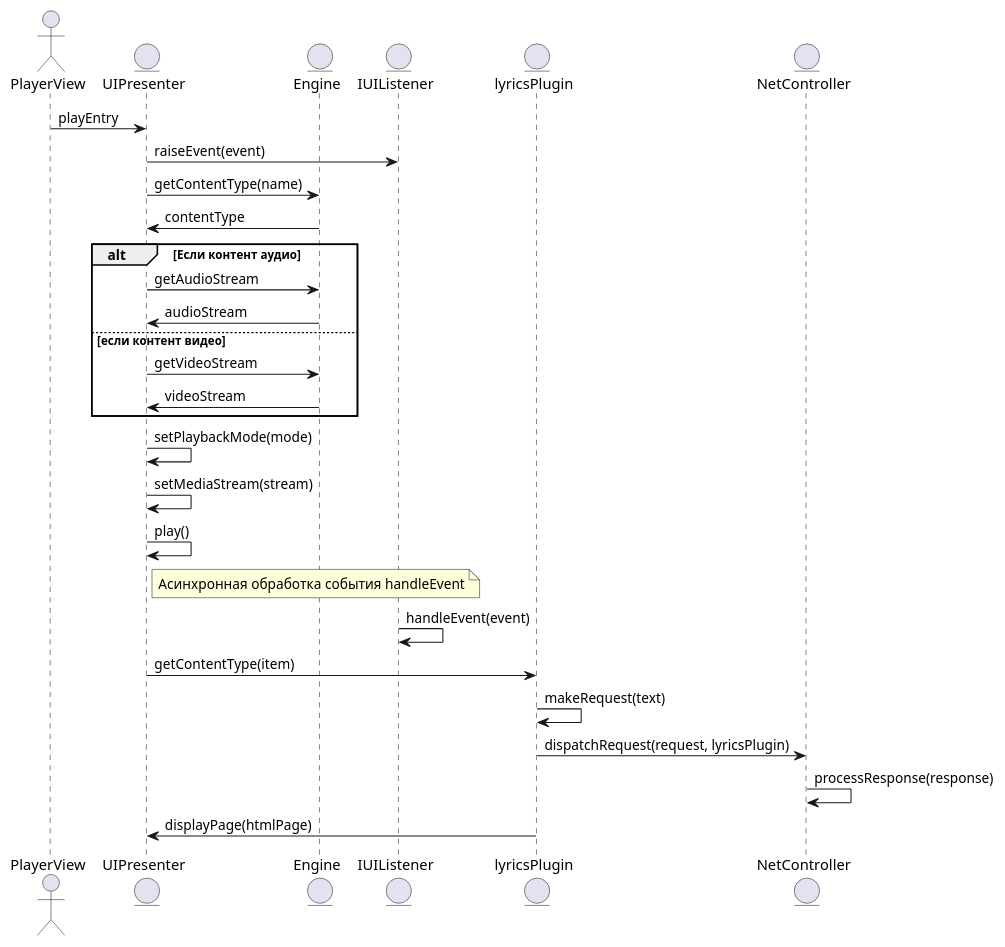
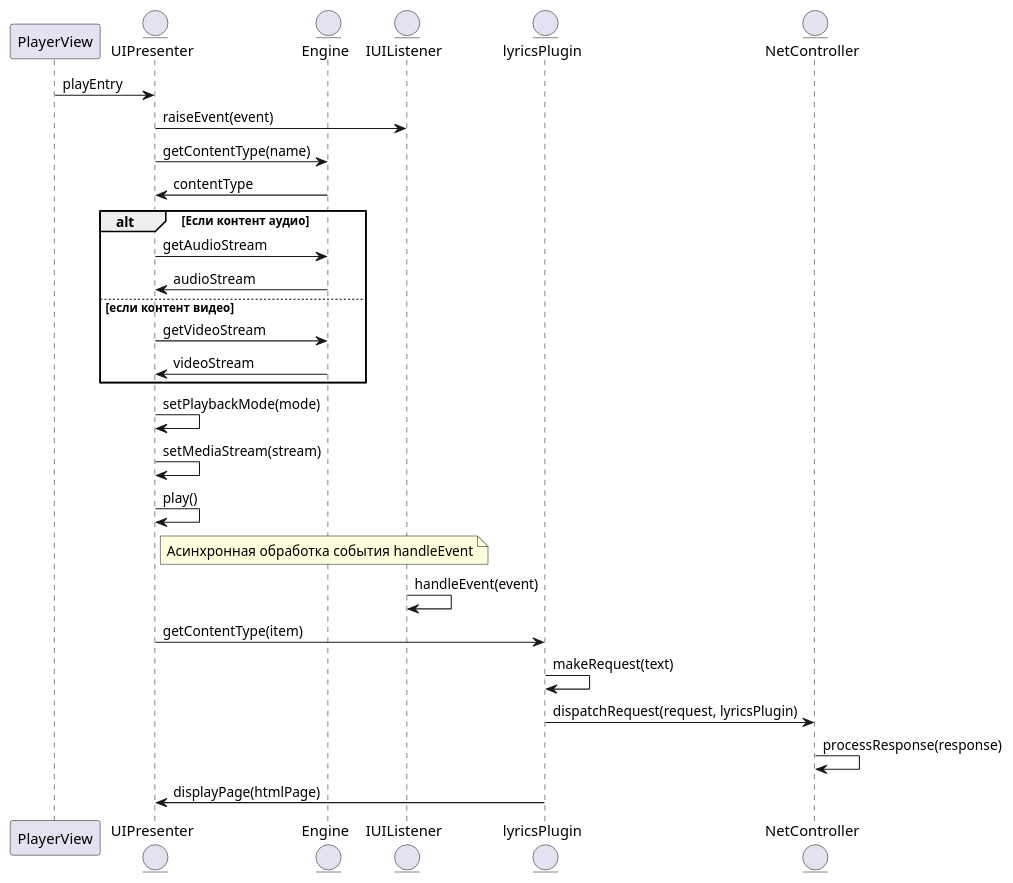
Before and after one commit to lisisisan/CASE-2024: the diagram in lab5/6.puml, drawn with PlantUML. The commit also changed 27 other files, not shown here.

```diff
--- a/lab5/6.puml
+++ b/lab5/6.puml
@@ -1,50 +1,50 @@
 @startuml
-actor PlayerView
+participant PlayerView
 entity UIPresenter
 entity Engine
 entity IUIListener
 entity lyricsPlugin
 entity NetController
 
 ' Шаг 1: Начало воспроизведения
 PlayerView -> UIPresenter : playEntry
 
 ' Шаг 2: Асинхронная рассылка события всем слушателям
 UIPresenter -> IUIListener : raiseEvent(event)
 
 ' Шаг 3: Получение типа контента от Engine
 UIPresenter -> Engine : getContentType(name)
 Engine -> UIPresenter : contentType
 
 ' Шаг 4: Получение медиапотока
 alt Если контент аудио
     UIPresenter -> Engine : getAudioStream
     Engine -> UIPresenter : audioStream
 else если контент видео
     UIPresenter -> Engine : getVideoStream
     Engine -> UIPresenter : videoStream
 end
 
 ' Шаг 5: Установка режима воспроизведения и медиапотока
 UIPresenter -> UIPresenter : setPlaybackMode(mode)
 UIPresenter -> UIPresenter : setMediaStream(stream)
 
 ' Шаг 6: Запуск воспроизведения
 UIPresenter -> UIPresenter : play()
 
 ' Шаг 7: Обработка события асинхронно
 note right of UIPresenter
     Асинхронная обработка события handleEvent
 end note
 IUIListener -> IUIListener : handleEvent(event)
 
 ' Шаг 8: Обработка события песней модулем lyricsPlugin
 UIPresenter -> lyricsPlugin : getContentType(item)
 lyricsPlugin -> lyricsPlugin : makeRequest(text)
 lyricsPlugin -> NetController : dispatchRequest(request, lyricsPlugin)
 
 ' Шаг 9: Обработка ответа от сервера
 NetController -> NetController : processResponse(response)
 lyricsPlugin -> UIPresenter : displayPage(htmlPage)
 
 @enduml
```
